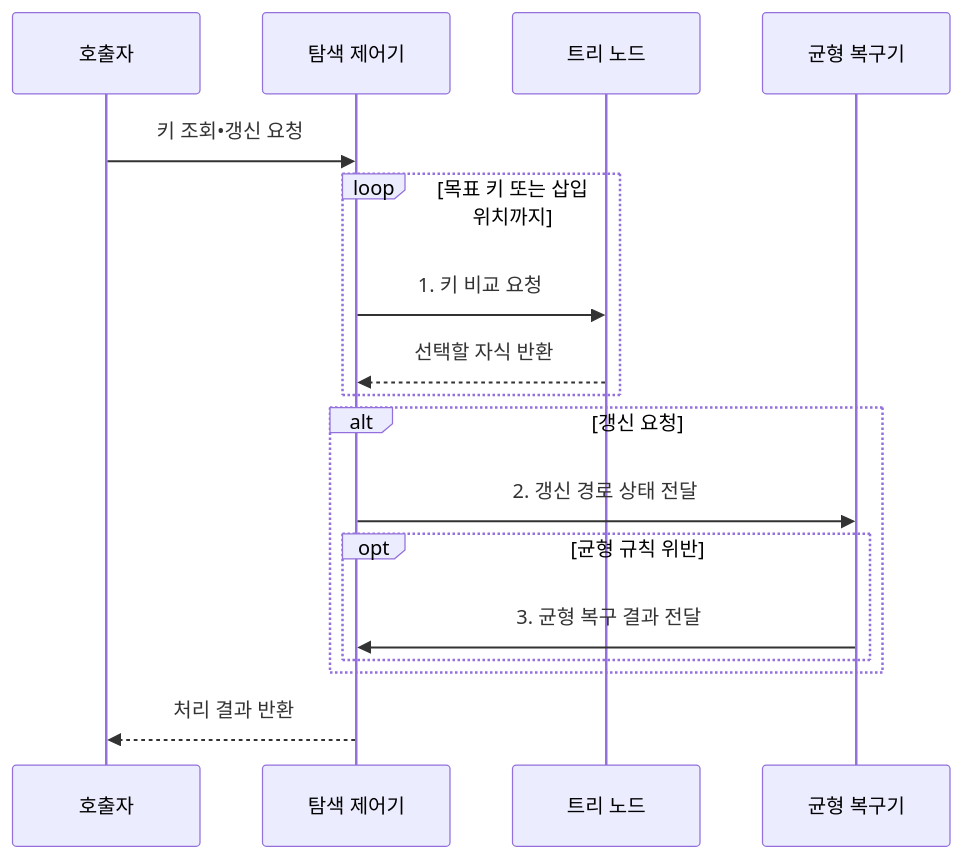
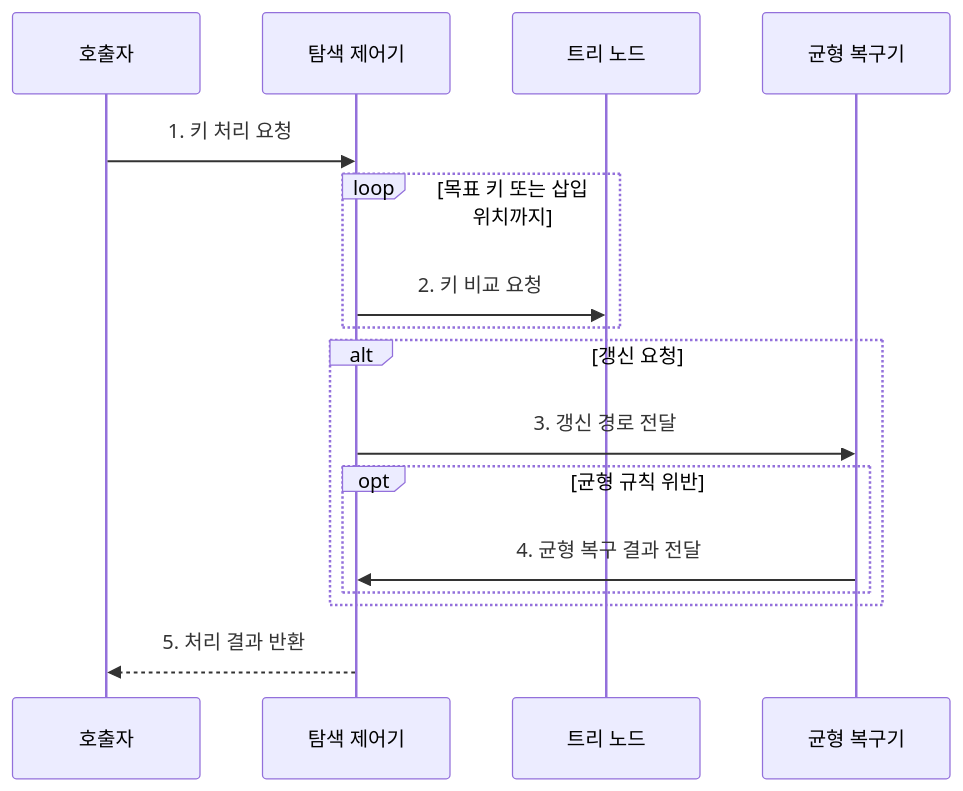
Before and after one commit to agnusdei1207/knowledge-base: the second of 2 diagrams in src/content/docs/notes/01-basic-theory/008_tree_data_structures.md, drawn with Mermaid. The commit also changed other lines of this file and 28 other files, not shown here.

````diff
--- a/src/content/docs/notes/01-basic-theory/008_tree_data_structures.md
+++ b/src/content/docs/notes/01-basic-theory/008_tree_data_structures.md
@@ -101,19 +88,18 @@
 ```mermaid
 sequenceDiagram
     participant Q as 호출자
     participant T as 탐색 제어기
     participant N as 트리 노드
     participant B as 균형 복구기
-    Q->>T: 키 조회•갱신 요청
+    Q->>T: 1. 키 처리 요청
     loop 목표 키 또는 삽입 위치까지
-        T->>N: 1. 키 비교 요청
-        N-->>T: 선택할 자식 반환
+        T->>N: 2. 키 비교 요청
     end
     alt 갱신 요청
-        T->>B: 2. 갱신 경로 상태 전달
+        T->>B: 3. 갱신 경로 전달
         opt 균형 규칙 위반
-            B->>T: 3. 균형 복구 결과 전달
+            B->>T: 4. 균형 복구 결과 전달
         end
     end
-    T-->>Q: 처리 결과 반환
+    T-->>Q: 5. 처리 결과 반환
 ```
````
